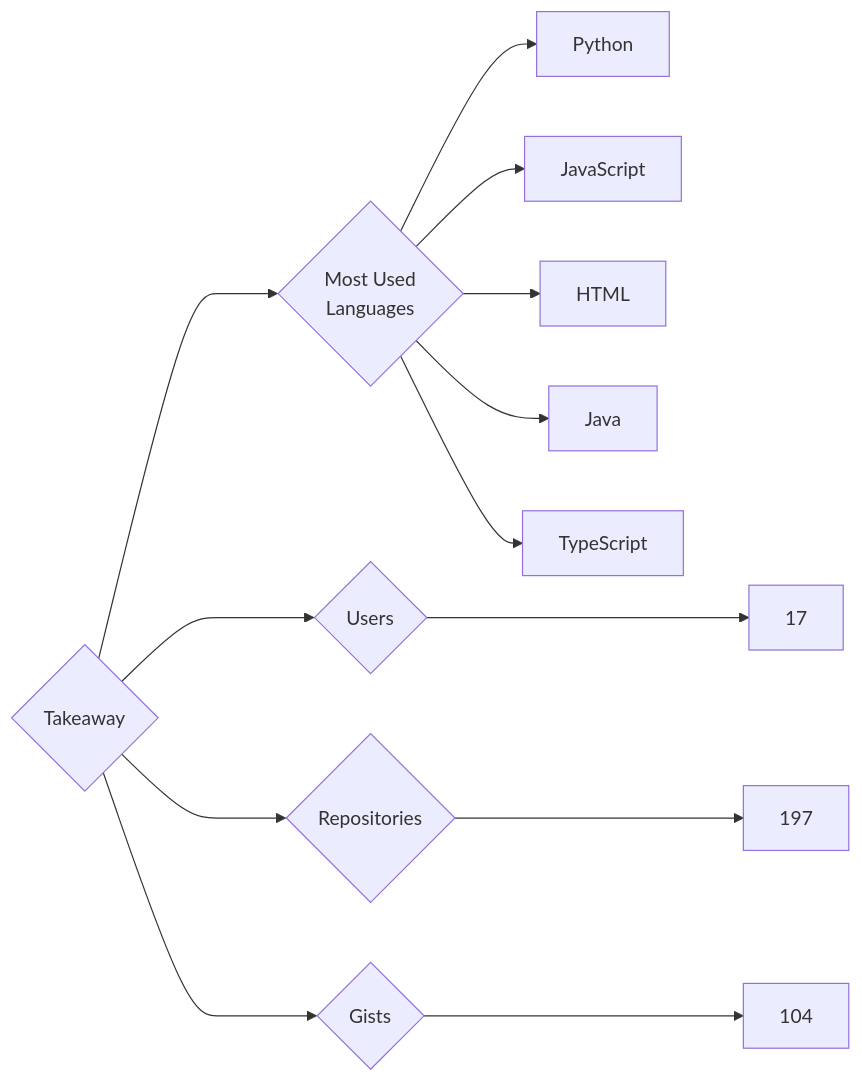
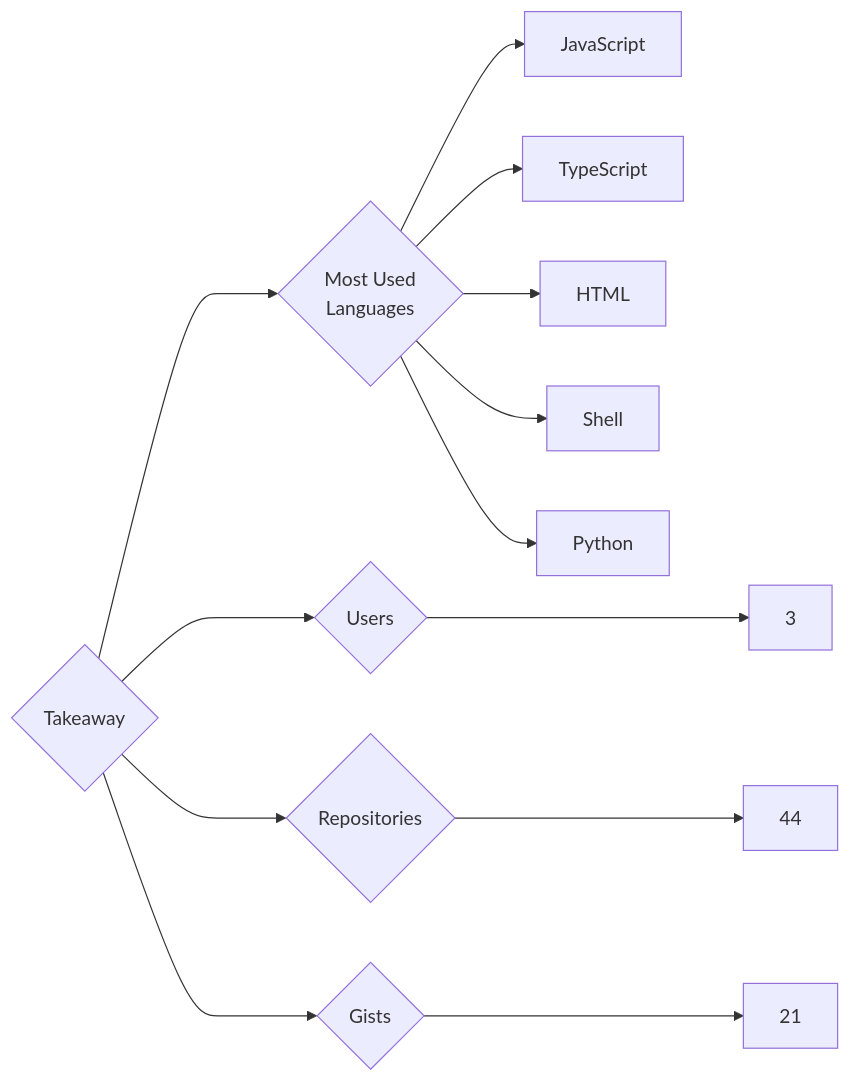
One commit to trickest/insiders changed the diagram in targets/Takeaway/README.md. Above: the diagram before and after it, drawn with Mermaid. The commit also changed 964 other files, not shown here.

````diff
--- a/targets/Takeaway/README.md
+++ b/targets/Takeaway/README.md
@@ -3,13 +3,13 @@
 ```mermaid
 graph LR
 COMPANY_NAME{Takeaway}
-COMPANY_NAME ---> U{Users} ---> UN[17]
-COMPANY_NAME ---> R{Repositories} ---> RN[197]
-COMPANY_NAME ---> G{Gists} ---> GN[104]
+COMPANY_NAME ---> U{Users} ---> UN[3]
+COMPANY_NAME ---> R{Repositories} ---> RN[44]
+COMPANY_NAME ---> G{Gists} ---> GN[21]
 COMPANY_NAME ---> ML{Most Used<br>Languages}
+ML --> JavaScript[JavaScript]
+ML --> TypeScript[TypeScript]
+ML --> HTML[HTML]
+ML --> Shell[Shell]
 ML --> Python[Python]
-ML --> JavaScript[JavaScript]
-ML --> HTML[HTML]
-ML --> Java[Java]
-ML --> TypeScript[TypeScript]
 ```
````
